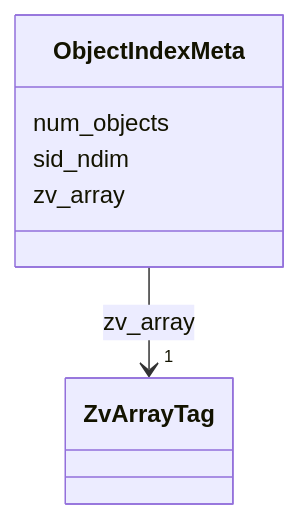
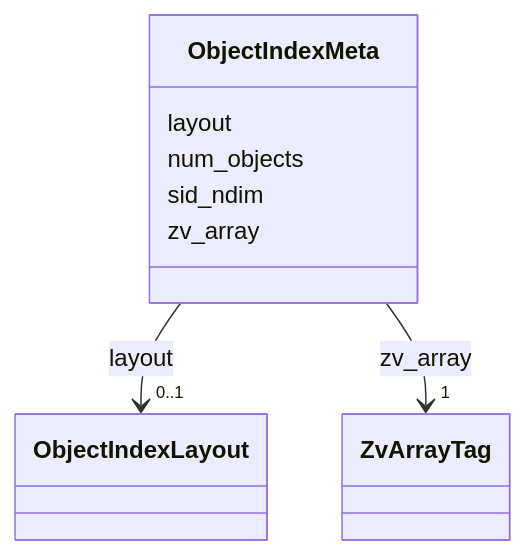
One commit to AllenInstitute/zarr-vectors-py changed diagram 16 of 18 in schema/reference.md. Above: the diagram before and after it, drawn with Mermaid. The commit also changed other lines of this file and 25 other files, not shown here.

````diff
--- a/schema/reference.md
+++ b/schema/reference.md
@@ -8780,21 +5357,32 @@
 ```mermaid
  classDiagram
     class ObjectIndexMeta
     click ObjectIndexMeta href "../ObjectIndexMeta/"
+      ObjectIndexMeta : layout
+        
+          
+    
+        
+        
+        ObjectIndexMeta --> "0..1" ObjectIndexLayout : layout
+        click ObjectIndexLayout href "../ObjectIndexLayout/"
+    
+
+        
       ObjectIndexMeta : num_objects
         
       ObjectIndexMeta : sid_ndim
         
       ObjectIndexMeta : zv_array
         
           
     
         
         
         ObjectIndexMeta --> "1" ZvArrayTag : zv_array
         click ZvArrayTag href "../ZvArrayTag/"
     
 
         
       
 ```
````
